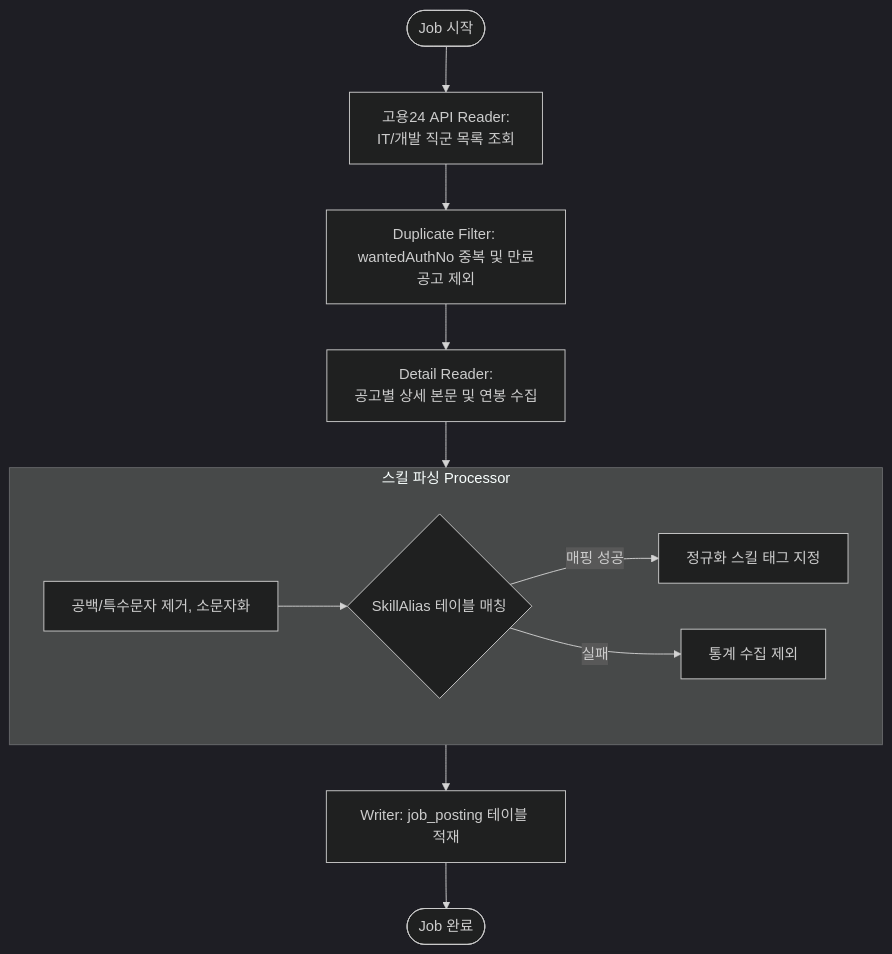
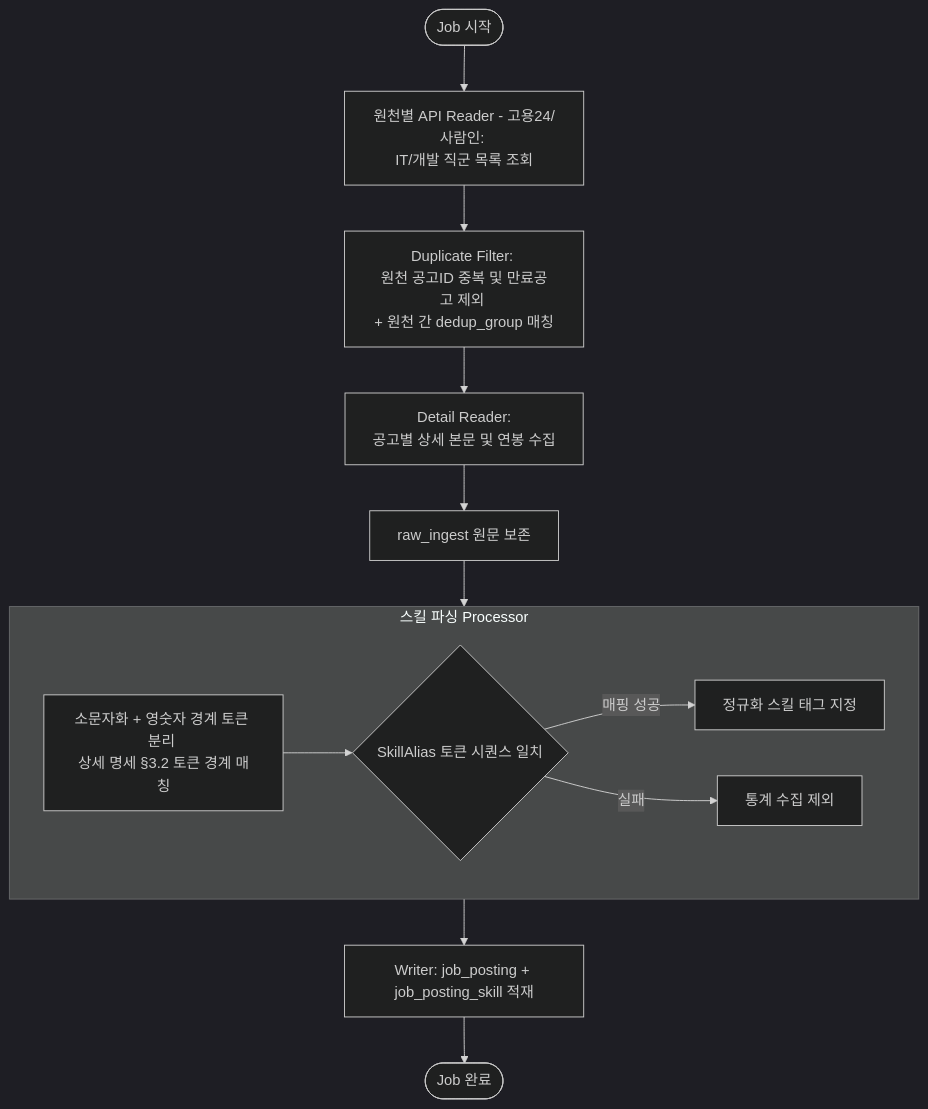
The third of 5 diagrams in docs/superpowers/specs/2026-07-18-application-workflow-spec.md (SeoHyeokGyu/Carix), drawn with Mermaid (dark theme) before and after one commit. The commit also changed other lines of this file and 10 other files, not shown here.

````diff
--- a/docs/superpowers/specs/2026-07-18-application-workflow-spec.md
+++ b/docs/superpowers/specs/2026-07-18-application-workflow-spec.md
@@ -99,16 +108,17 @@
 ```mermaid
 flowchart TD
-    Start([Job 시작]) --> Reader[고용24 API Reader: <br>IT/개발 직군 목록 조회]
-    Reader --> Filter[Duplicate Filter: <br>wantedAuthNo 중복 및 만료공고 제외]
+    Start([Job 시작]) --> Reader[원천별 API Reader - 고용24/사람인: <br>IT/개발 직군 목록 조회]
+    Reader --> Filter[Duplicate Filter: <br>원천 공고ID 중복 및 만료공고 제외 <br>+ 원천 간 dedup_group 매칭]
     Filter --> DetailReader[Detail Reader: <br>공고별 상세 본문 및 연봉 수집]
     
     subgraph SkillParser [스킬 파싱 Processor]
-        Preprocess[공백/특수문자 제거, 소문자화] --> AliasMatch{SkillAlias 테이블 매칭}
+        Preprocess[소문자화 + 영숫자 경계 토큰 분리 <br>상세 명세 §3.2 토큰 경계 매칭] --> AliasMatch{SkillAlias 토큰 시퀀스 일치}
         AliasMatch -->|매핑 성공| TagSkill[정규화 스킬 태그 지정]
         AliasMatch -->|실패| Drop[통계 수집 제외]
     end
     
-    DetailReader --> SkillParser
-    SkillParser --> Writer[Writer: job_posting 테이블 적재]
+    DetailReader --> RawStore[raw_ingest 원문 보존]
+    RawStore --> SkillParser
+    SkillParser --> Writer[Writer: job_posting + job_posting_skill 적재]
     Writer --> End([Job 완료])
 ```
````
